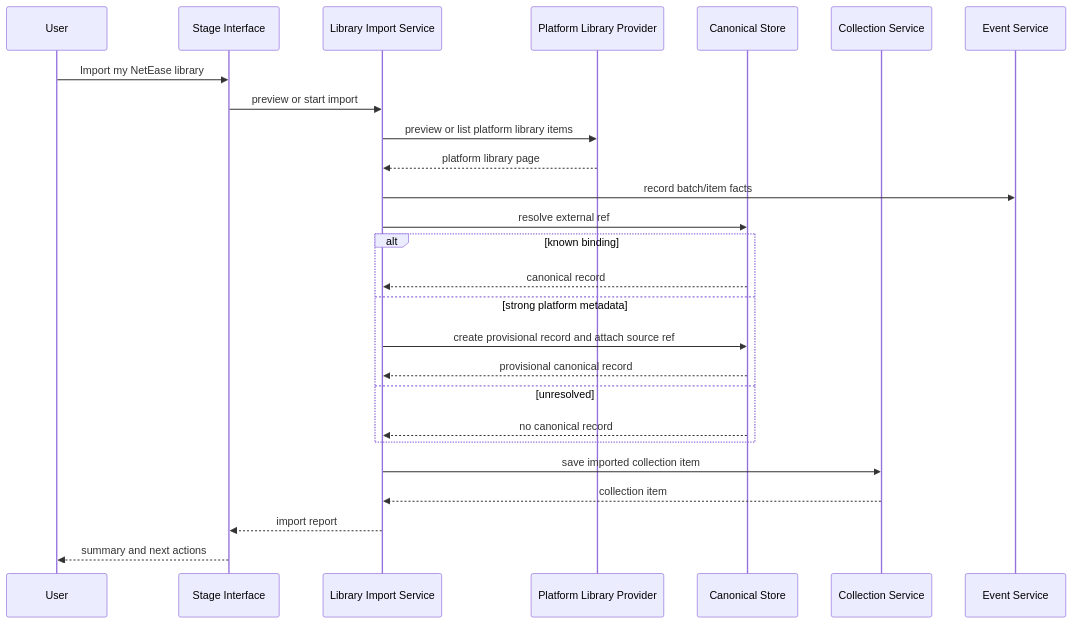
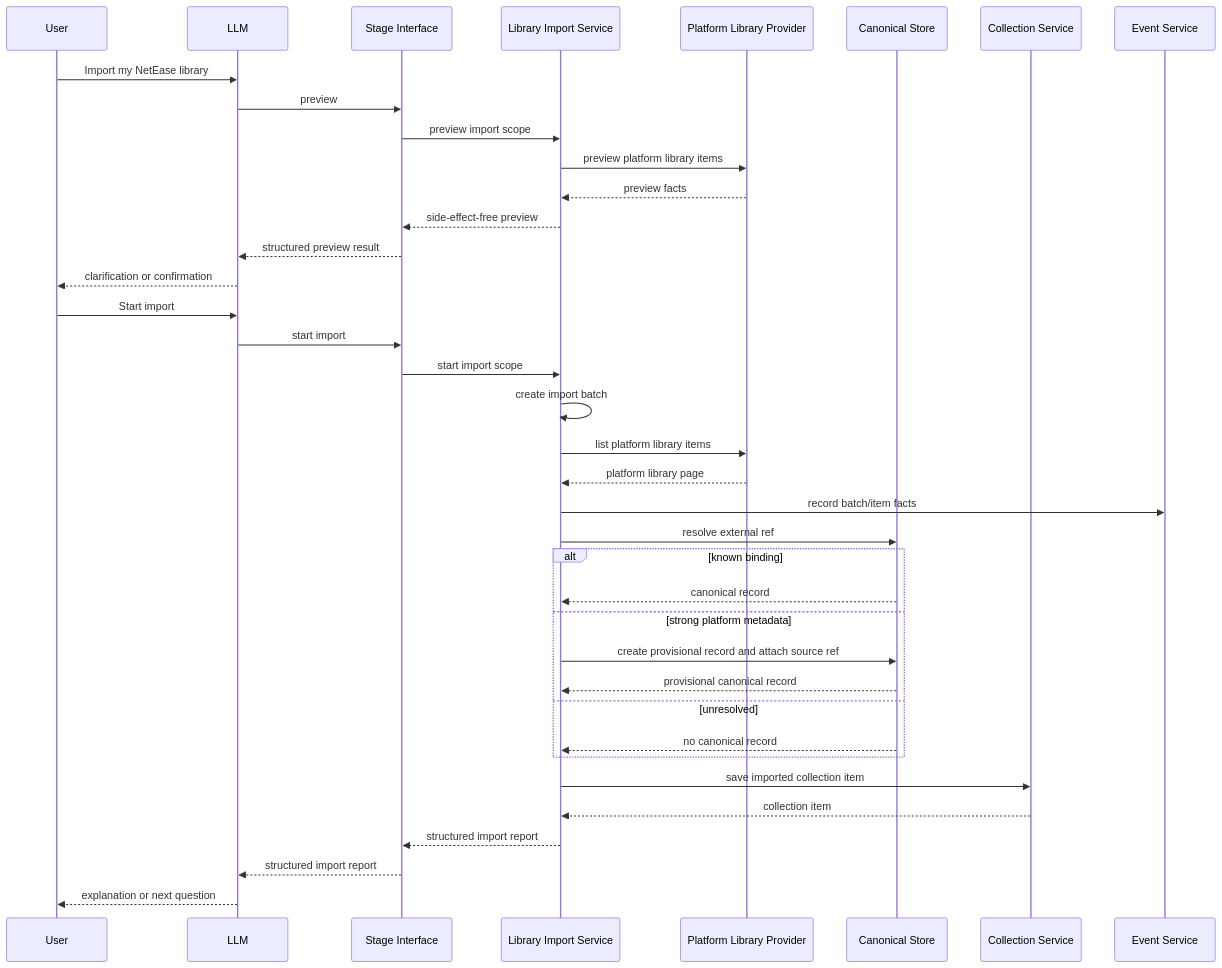
One commit to Odefined/MineMusic changed the second of 2 diagrams in docs/library-import/design.md. Above: the diagram before and after it, drawn with Mermaid. The commit also changed other lines of this file and 14 other files, not shown here.

Commit message:
Document Library Import update and release support

````diff
--- a/docs/library-import/design.md
+++ b/docs/library-import/design.md
@@ -320,29 +487,41 @@
 ```mermaid
 sequenceDiagram
     participant User
+    participant LLM
     participant Stage as Stage Interface
     participant Import as Library Import Service
     participant Provider as Platform Library Provider
     participant Canonical as Canonical Store
     participant Collection as Collection Service
     participant Events as Event Service
 
-    User->>Stage: Import my NetEase library
-    Stage->>Import: preview or start import
-    Import->>Provider: preview or list platform library items
+    User->>LLM: Import my NetEase library
+    LLM->>Stage: preview
+    Stage->>Import: preview import scope
+    Import->>Provider: preview platform library items
+    Provider-->>Import: preview facts
+    Import-->>Stage: side-effect-free preview
+    Stage-->>LLM: structured preview result
+    LLM-->>User: clarification or confirmation
+    User->>LLM: Start import
+    LLM->>Stage: start import
+    Stage->>Import: start import scope
+    Import->>Import: create import batch
+    Import->>Provider: list platform library items
     Provider-->>Import: platform library page
     Import->>Events: record batch/item facts
     Import->>Canonical: resolve external ref
     alt known binding
         Canonical-->>Import: canonical record
     else strong platform metadata
         Import->>Canonical: create provisional record and attach source ref
         Canonical-->>Import: provisional canonical record
     else unresolved
         Canonical-->>Import: no canonical record
     end
     Import->>Collection: save imported collection item
     Collection-->>Import: collection item
-    Import-->>Stage: import report
-    Stage-->>User: summary and next actions
+    Import-->>Stage: structured import report
+    Stage-->>LLM: structured import report
+    LLM-->>User: explanation or next question
 ```
````
